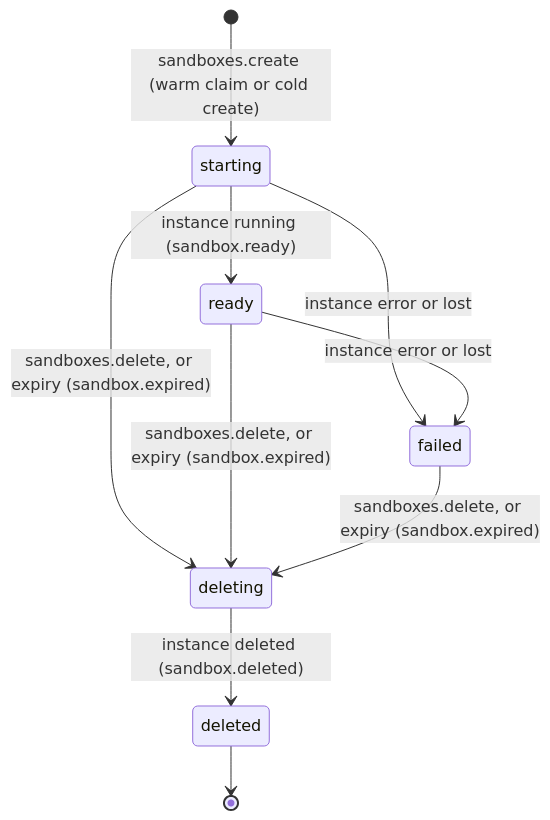
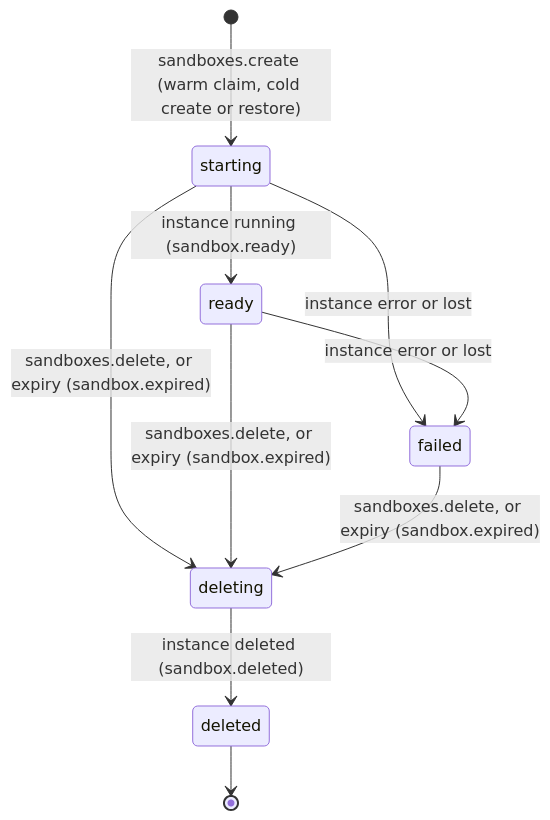
One commit to Better-Compute/better-compute changed the first of 2 diagrams in apps/docs/content/docs/guides/vps/sandboxes.mdx. Above: the diagram before and after it, drawn with Mermaid. The commit also changed other lines of this file and 37 other files, not shown here.

````diff
--- a/apps/docs/content/docs/guides/vps/sandboxes.mdx
+++ b/apps/docs/content/docs/guides/vps/sandboxes.mdx
@@ -219,12 +253,12 @@
 ```mermaid
 stateDiagram-v2
-  [*] --> starting: sandboxes.create (warm claim or cold create)
+  [*] --> starting: sandboxes.create (warm claim, cold create or restore)
   starting --> ready: instance running (sandbox.ready)
   starting --> failed: instance error or lost
   ready --> failed: instance error or lost
   starting --> deleting: sandboxes.delete, or expiry (sandbox.expired)
   ready --> deleting: sandboxes.delete, or expiry (sandbox.expired)
   failed --> deleting: sandboxes.delete, or expiry (sandbox.expired)
   deleting --> deleted: instance deleted (sandbox.deleted)
   deleted --> [*]
 ```
````
